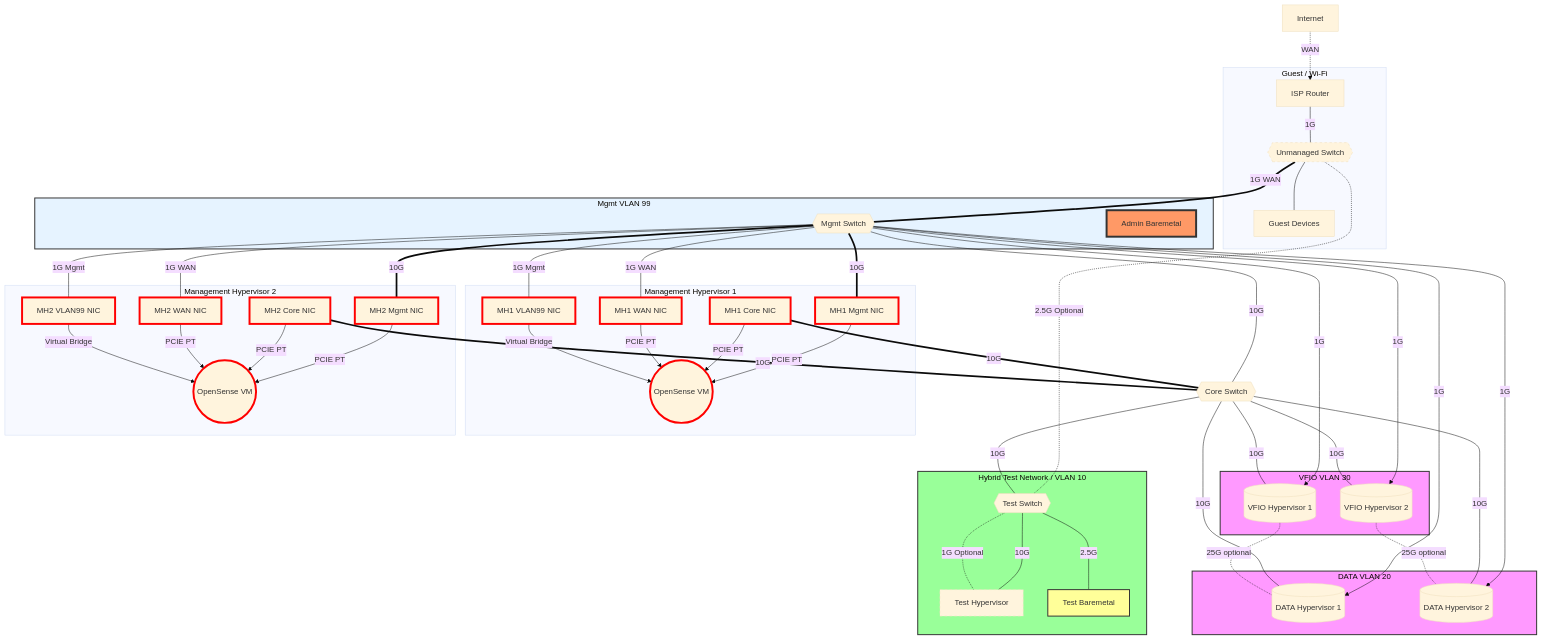
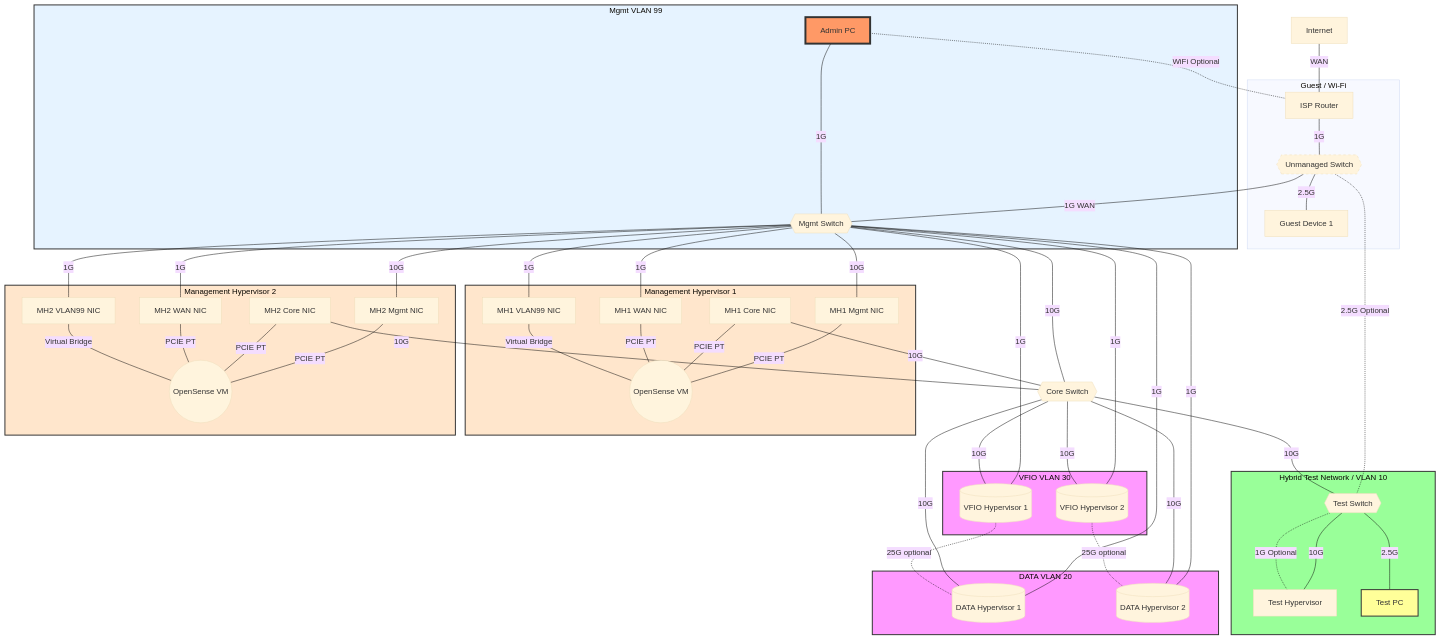
The diagram in alp/netop5.md (woeiru/lab), drawn with Mermaid (base theme) before and after one commit.

````diff
--- a/alp/netop5.md
+++ b/alp/netop5.md
@@ -3,25 +3,25 @@
 ```mermaid
 graph TD
-    INT[Internet] -.-> |WAN| ISPR[ISP Router]
+    INT[Internet] --- |WAN| ISPR[ISP Router]
     ISPR --- |"1G"| US{{Unmanaged Switch}}
-    US --- GD[Guest Devices]
-    US ===|1G WAN| MS{{Mgmt Switch}}
+    US ---|"2.5G"| GD[Guest Device 1]
+    US ---|1G WAN| MS{{Mgmt Switch}}
     US -.-|"2.5G Optional"| TS{{Test Switch}}
 
-    MS ===|"10G"| MH1NIC1[MH1 Mgmt NIC]
-    MS ===|"10G"| MH2NIC1[MH2 Mgmt NIC]
-    MS ---|"1G WAN"| MH1NIC3[MH1 WAN NIC]
-    MS ---|"1G WAN"| MH2NIC3[MH2 WAN NIC]
-    MS ---|"1G Mgmt"| MH1NIC4[MH1 VLAN99 NIC]
-    MS ---|"1G Mgmt"| MH2NIC4[MH2 VLAN99 NIC]
+    MS ---|"10G"| MH1NIC1[MH1 Mgmt NIC]
+    MS ---|"10G"| MH2NIC1[MH2 Mgmt NIC]
+    MS ---|"1G"| MH1NIC3[MH1 WAN NIC]
+    MS ---|"1G"| MH2NIC3[MH2 WAN NIC]
+    MS ---|"1G"| MH1NIC4[MH1 VLAN99 NIC]
+    MS ---|"1G"| MH2NIC4[MH2 VLAN99 NIC]
 
-    MH1NIC2[MH1 Core NIC] ===|"10G"| CS{{Core Switch}}
-    MH2NIC2[MH2 Core NIC] ===|"10G"| CS
+    MH1NIC2[MH1 Core NIC] ---|"10G"| CS{{Core Switch}}
+    MH2NIC2[MH2 Core NIC] ---|"10G"| CS
     MS ---|"10G"| CS
-    MS --->|"1G"| DH1
-    MS --->|"1G"| DH2
-    MS --->|"1G"| VH1
-    MS --->|"1G"| VH2
+    MS ---|"1G"| DH1
+    MS ---|"1G"| DH2
+    MS ---|"1G"| VH1
+    MS ---|"1G"| VH2
     CS ---|"10G"| DH1[(DATA Hypervisor 1)]
     CS ---|"10G"| DH2[(DATA Hypervisor 2)]
     CS ---|"10G"| VH1[(VFIO Hypervisor 1)]
@@ -31,16 +31,16 @@
     CS ---|"10G"| TS
     TS ---|"10G"| TH[Test Hypervisor]
     TS -.-|"1G Optional"| TH
-    TS ---|"2.5G"| TM[Test Baremetal]
+    TS ---|"2.5G"| TM[Test PC]
 
     subgraph MH1[Management Hypervisor 1]
-        MH1NIC1 & MH1NIC2 & MH1NIC3 -->|"PCIE PT"| OPN1((OpenSense VM))
-        MH1NIC4 -->|"Virtual Bridge"| OPN1
+        MH1NIC1 & MH1NIC2 & MH1NIC3 ---|"PCIE PT"| OPN1((OpenSense VM))
+        MH1NIC4 ---|"Virtual Bridge"| OPN1
     end
 
     subgraph MH2[Management Hypervisor 2]
-        MH2NIC1 & MH2NIC2 & MH2NIC3 -->|"PCIE PT"| OPN2((OpenSense VM))
-        MH2NIC4 -->|"Virtual Bridge"| OPN2
+        MH2NIC1 & MH2NIC2 & MH2NIC3 ---|"PCIE PT"| OPN2((OpenSense VM))
+        MH2NIC4 ---|"Virtual Bridge"| OPN2
     end
 
     subgraph VLAN20 [DATA VLAN 20]
@@ -58,7 +58,7 @@
     end
     subgraph VLAN99 [Mgmt VLAN 99]
         MS
-        AP[Admin Baremetal]
+        AP[Admin PC]
         MH1NIC4
         MH2NIC4
     end
@@ -68,18 +68,21 @@
         US
     end
 
+    AP ---|"1G"| MS
+    AP -.-|"WiFi Optional"| ISPR
+
     classDef vlan fill:#f9f,stroke:#333,stroke-width:2px;
     class VLAN20,VLAN30 vlan;
     classDef vlan99 fill:#e6f3ff,stroke:#333,stroke-width:2px;
     class VLAN99 vlan99;
     classDef hybridtestnet fill:#9f9,stroke:#333,stroke-width:2px;
     class VLAN10 hybridtestnet;
+    classDef mghypervisor fill:#ffe6cc,stroke:#333,stroke-width:2px;
+    class MH1,MH2 mghypervisor;
     classDef optional stroke-dasharray: 5 5;
-    class US,TH optional;
+    class US optional;
     classDef adminpc fill:#f96,stroke:#333,stroke-width:4px;
     class AP adminpc;
     classDef testmachine fill:#ff9,stroke:#333,stroke-width:2px;
     class TM testmachine;
-    classDef highlight stroke:#f00,stroke-width:4px;
-    class MH1NIC1,MH1NIC2,MH1NIC3,MH1NIC4,MH2NIC1,MH2NIC2,MH2NIC3,MH2NIC4,OPN1,OPN2 highlight;
 ```
````
